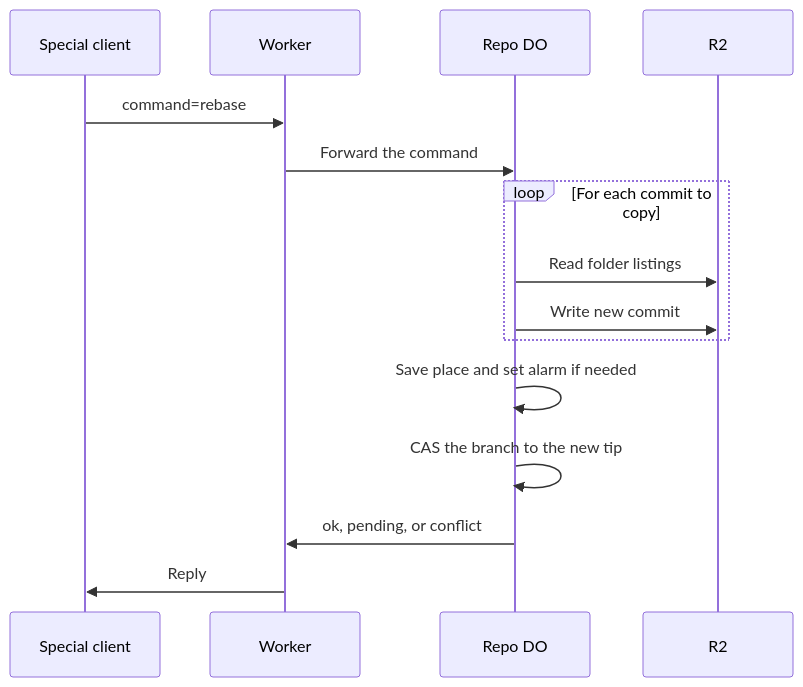
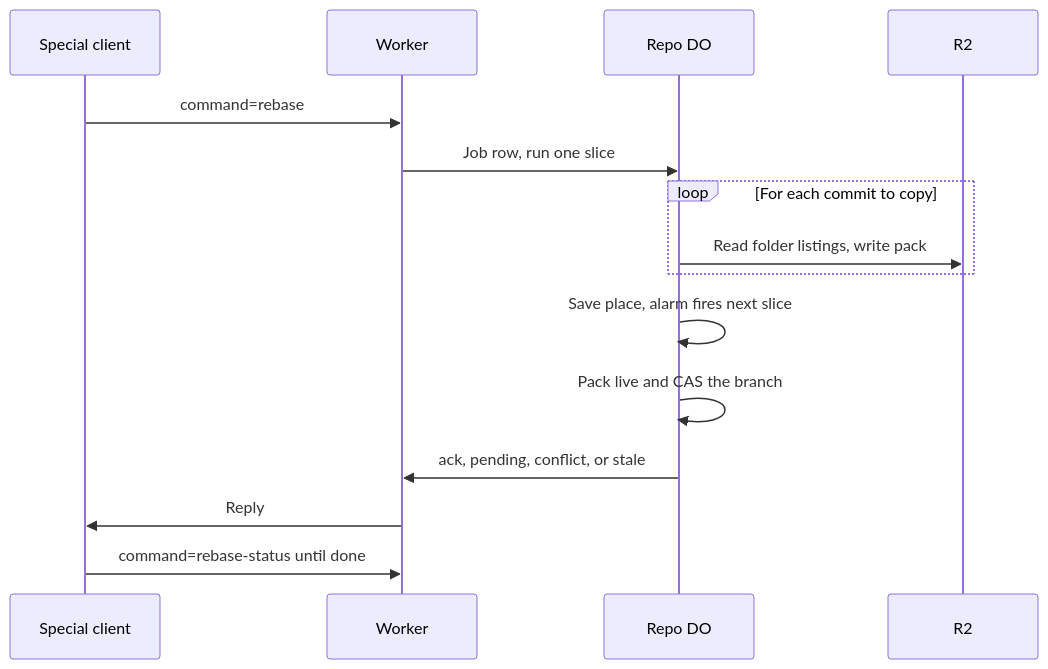
Before and after one commit to idl3/git-edge: the diagram in plain/server-side-rebase.md, drawn with Mermaid. The commit also changed other lines of this file and 65 other files, not shown here.

````diff
--- a/plain/server-side-rebase.md
+++ b/plain/server-side-rebase.md
@@ -34,17 +37,17 @@
 ```mermaid
 sequenceDiagram
     participant C as Special client
     participant W as Worker
     participant D as Repo DO
     participant R as R2
     C->>W: command=rebase
-    W->>D: Forward the command
+    W->>D: Job row, run one slice
     loop For each commit to copy
-        D->>R: Read folder listings
-        D->>R: Write new commit
+        D->>R: Read folder listings, write pack
     end
-    D->>D: Save place and set alarm if needed
-    D->>D: CAS the branch to the new tip
-    D->>W: ok, pending, or conflict
+    D->>D: Save place, alarm fires next slice
+    D->>D: Pack live and CAS the branch
+    D->>W: ack, pending, conflict, or stale
     W->>C: Reply
+    C->>W: command=rebase-status until done
 ```
````
